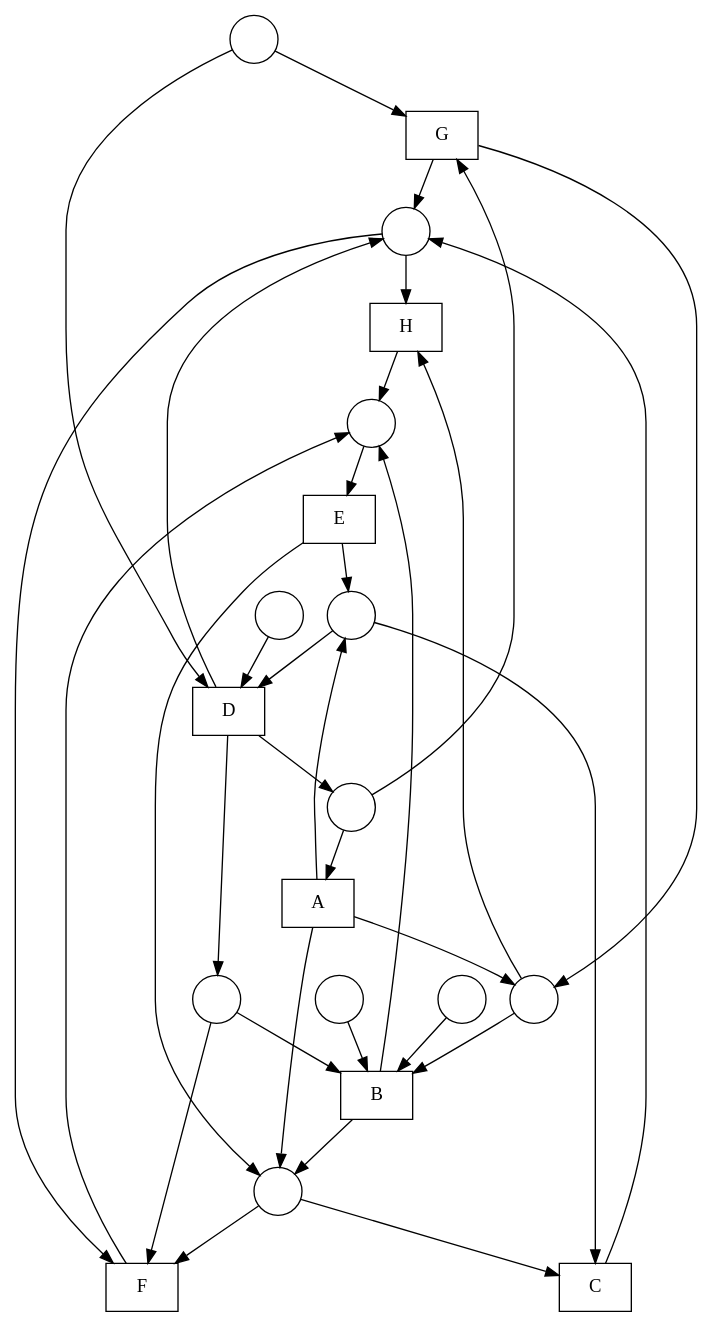
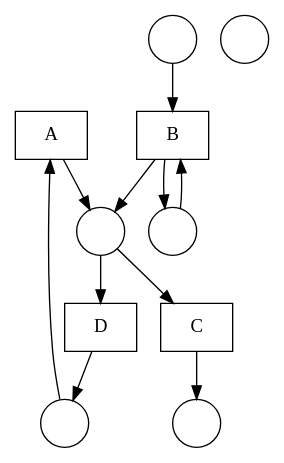
Before and after one commit to DWitek97/GeneticMiner: the diagram in nets/Fittest net.gv, drawn with Graphviz. The commit also changed 7 other files, not shown here.

```diff
--- a/nets/Fittest net.gv
+++ b/nets/Fittest net.gv
@@ -1,56 +1,24 @@
 digraph "Fittest net" {
 	node [shape=box]
-	G [label=G]
-	E [label=E]
 	A [label=A]
+	B [label=B]
+	D [label=D]
 	C [label=C]
-	H [label=H]
-	D [label=D]
-	B [label=B]
-	F [label=F]
 	node [shape=circle]
 	1 [label=" "]
 	2 [label=" "]
 	3 [label=" "]
 	4 [label=" "]
 	5 [label=" "]
 	6 [label=" "]
-	7 [label=" "]
-	8 [label=" "]
-	9 [label=" "]
-	10 [label=" "]
-	11 [label=" "]
-	1 -> G
-	4 -> G
-	G -> 2
-	G -> 6
-	10 -> E
-	E -> 11
-	E -> 9
 	1 -> A
-	A -> 11
-	A -> 9
-	A -> 6
-	9 -> C
-	11 -> C
-	C -> 2
-	2 -> H
-	6 -> H
-	H -> 10
+	A -> 3
+	4 -> B
+	2 -> B
+	B -> 3
+	B -> 4
 	3 -> D
-	4 -> D
-	9 -> D
 	D -> 1
-	D -> 7
-	D -> 2
-	7 -> B
-	8 -> B
-	6 -> B
-	5 -> B
-	B -> 11
-	B -> 10
-	2 -> F
-	11 -> F
-	7 -> F
-	F -> 10
+	3 -> C
+	C -> 5
 }
```
